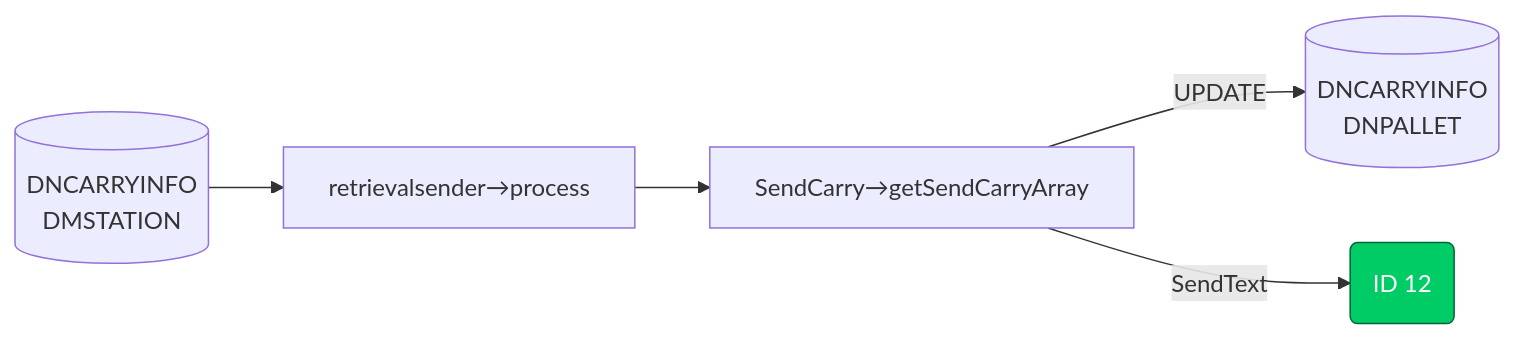
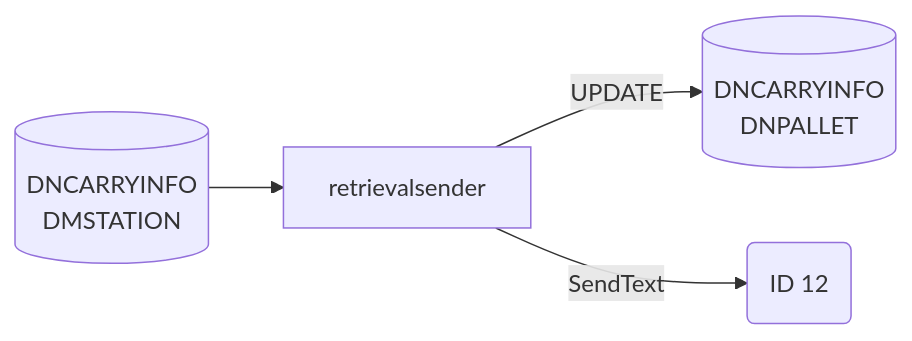
The sixth of 21 diagrams in Basic-Design/DFD-WMS/Inventory-Check.md (luthfiadityaa/SimeDarby-Wiki), drawn with Mermaid before and after one commit.

Commit message:
Updated Inventory Check

```diff
--- a/Basic-Design/DFD-WMS/Inventory-Check.md
+++ b/Basic-Design/DFD-WMS/Inventory-Check.md
@@ -272,23 +272,21 @@
 ::: mermaid
 flowchart LR
 
 retrievalsender-input[("
 DNCARRYINFO
 DMSTATION
 ")]
 
 retrievalsender-update[("
 DNCARRYINFO
 DNPALLET
 ")]
 
 id12msg("
 ID 12
 ")
 
-retrievalsender-input--> P1[retrievalsender→process]-->P2[SendCarry→getSendCarryArray]--> |UPDATE| retrievalsender-update
-P2--> |SendText| id12msg
+retrievalsender-input--> P1[retrievalsender]-->|UPDATE| retrievalsender-update
+P1--> |SendText| id12msg
 
- click id12msg "#" "Go to ID12"
- style id12msg fill:#00cc66,stroke:#006633,color:#ffffff
 :::
```
